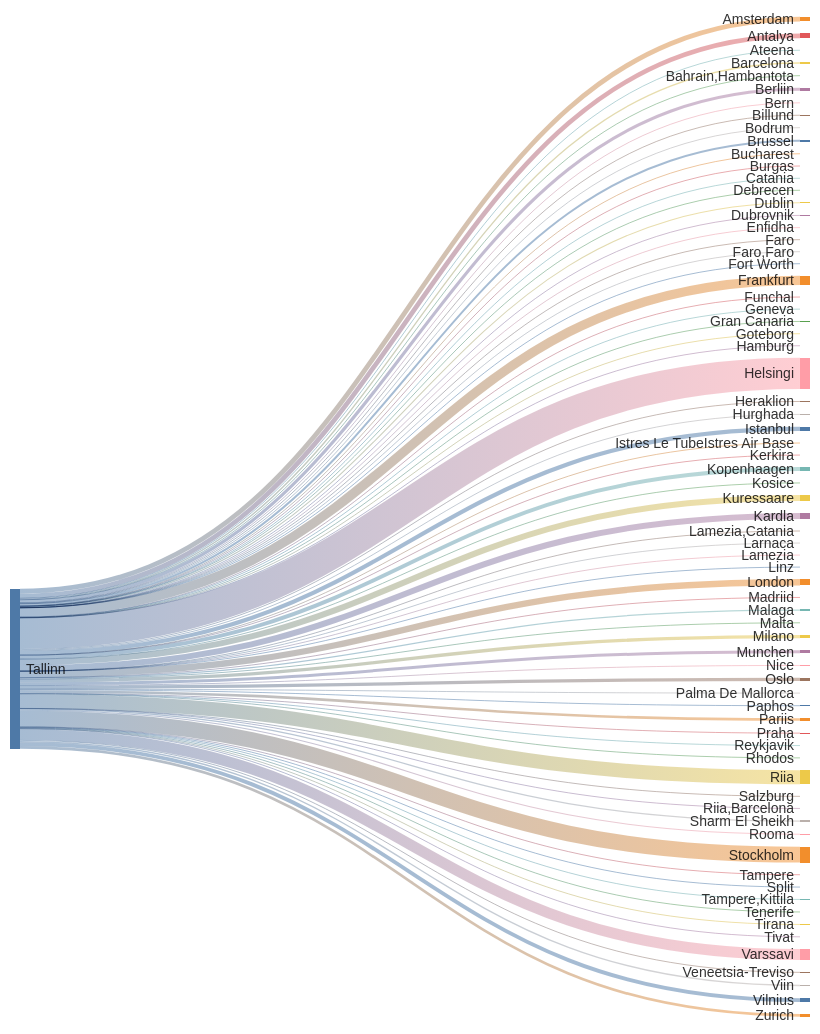
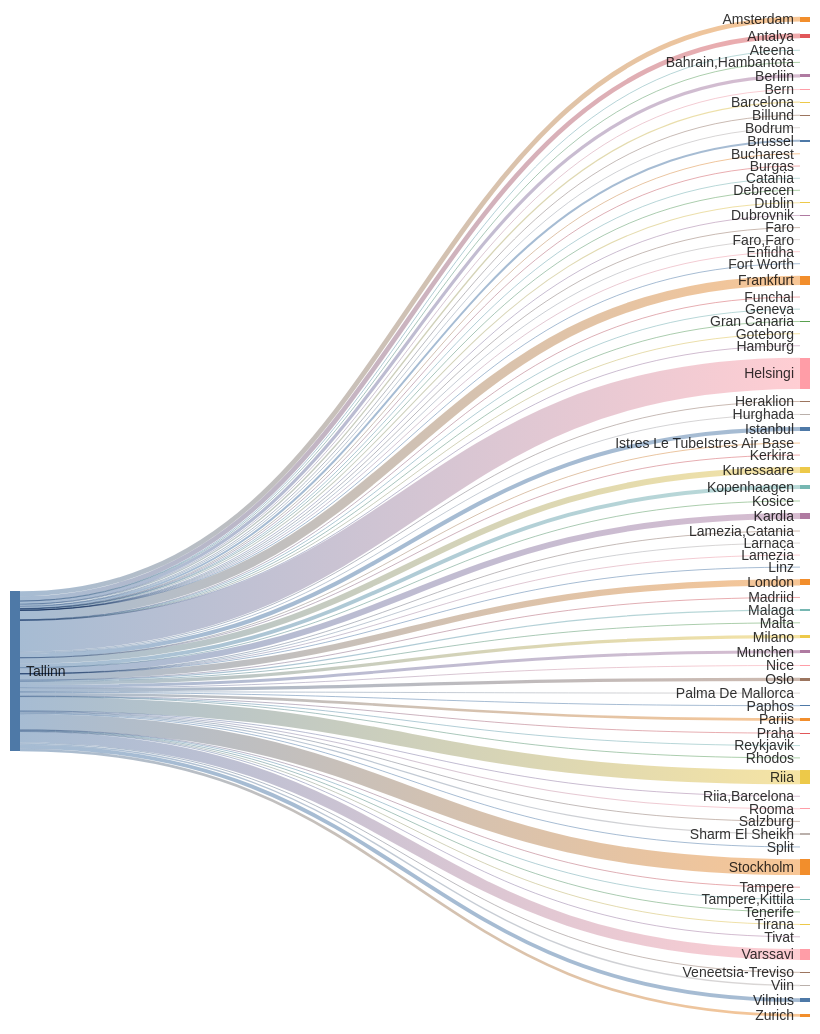
One commit to rainermesi/tll-airport-departures changed the second of 2 diagrams in README.md. Above: the diagram before and after it, drawn with Mermaid. The commit also changed other lines of this file and 1 other file, not shown here.

````diff
--- a/README.md
+++ b/README.md
@@ -34,84 +34,84 @@
 ```mermaid
 ---
 config:
   sankey:
     showValues: false
     width: 800
     height: 1000
 ---
 sankey-beta
 %% source,target,value
-Tallinn,Amsterdam,371
-Tallinn,Antalya,359
+Tallinn,Amsterdam,373
+Tallinn,Antalya,360
 Tallinn,Ateena,16
 Tallinn,"Bahrain,Hambantota",1
 Tallinn,Barcelona,103
-Tallinn,Berliin,242
+Tallinn,Berliin,244
 Tallinn,Bern,1
 Tallinn,Billund,61
 Tallinn,Bodrum,11
-Tallinn,Brussel,155
+Tallinn,Brussel,156
 Tallinn,Bucharest,1
 Tallinn,Burgas,35
 Tallinn,Catania,2
 Tallinn,Debrecen,1
 Tallinn,Dublin,79
 Tallinn,Dubrovnik,21
 Tallinn,Enfidha,7
 Tallinn,Faro,4
 Tallinn,"Faro,Faro",1
 Tallinn,Fort Worth,1
-Tallinn,Frankfurt,717
+Tallinn,Frankfurt,720
 Tallinn,Funchal,5
 Tallinn,Geneva,13
 Tallinn,Gran Canaria,38
 Tallinn,Goteborg,1
 Tallinn,Hamburg,2
-Tallinn,Helsingi,2420
+Tallinn,Helsingi,2430
 Tallinn,Heraklion,68
 Tallinn,Hurghada,75
-Tallinn,Istanbul,321
+Tallinn,Istanbul,323
 Tallinn,Istres Le TubeIstres Air Base,2
 Tallinn,Kerkira,4
-Tallinn,Kopenhaagen,299
+Tallinn,Kopenhaagen,300
 Tallinn,Kosice,1
-Tallinn,Kuressaare,465
-Tallinn,Kardla,465
+Tallinn,Kuressaare,467
+Tallinn,Kardla,467
 Tallinn,Lamezia,1
 Tallinn,"Lamezia,Catania",3
 Tallinn,Larnaca,4
 Tallinn,Linz,2
-Tallinn,London,490
+Tallinn,London,491
 Tallinn,Madriid,1
 Tallinn,Malaga,95
 Tallinn,Malta,21
 Tallinn,Milano,256
-Tallinn,Munchen,229
+Tallinn,Munchen,231
 Tallinn,Nice,36
-Tallinn,Oslo,252
+Tallinn,Oslo,253
 Tallinn,Palma De Mallorca,25
 Tallinn,Paphos,66
-Tallinn,Pariis,201
+Tallinn,Pariis,203
 Tallinn,Praha,64
 Tallinn,Reykjavik,4
-Tallinn,Rhodos,43
-Tallinn,Riia,1090
+Tallinn,Rhodos,44
+Tallinn,Riia,1094
 Tallinn,"Riia,Barcelona",1
 Tallinn,Rooma,80
 Tallinn,Salzburg,14
 Tallinn,Sharm El Sheikh,96
 Tallinn,Split,37
-Tallinn,Stockholm,1231
+Tallinn,Stockholm,1234
 Tallinn,Tampere,17
 Tallinn,"Tampere,Kittila",21
 Tallinn,Tenerife,58
-Tallinn,Tirana,16
-Tallinn,Tivat,42
-Tallinn,Varssavi,838
+Tallinn,Tirana,17
+Tallinn,Tivat,43
+Tallinn,Varssavi,841
 Tallinn,Veneetsia-Treviso,67
 Tallinn,Viin,106
-Tallinn,Vilnius,299
-Tallinn,Zurich,207
+Tallinn,Vilnius,300
+Tallinn,Zurich,208
 
 
 ```
````
